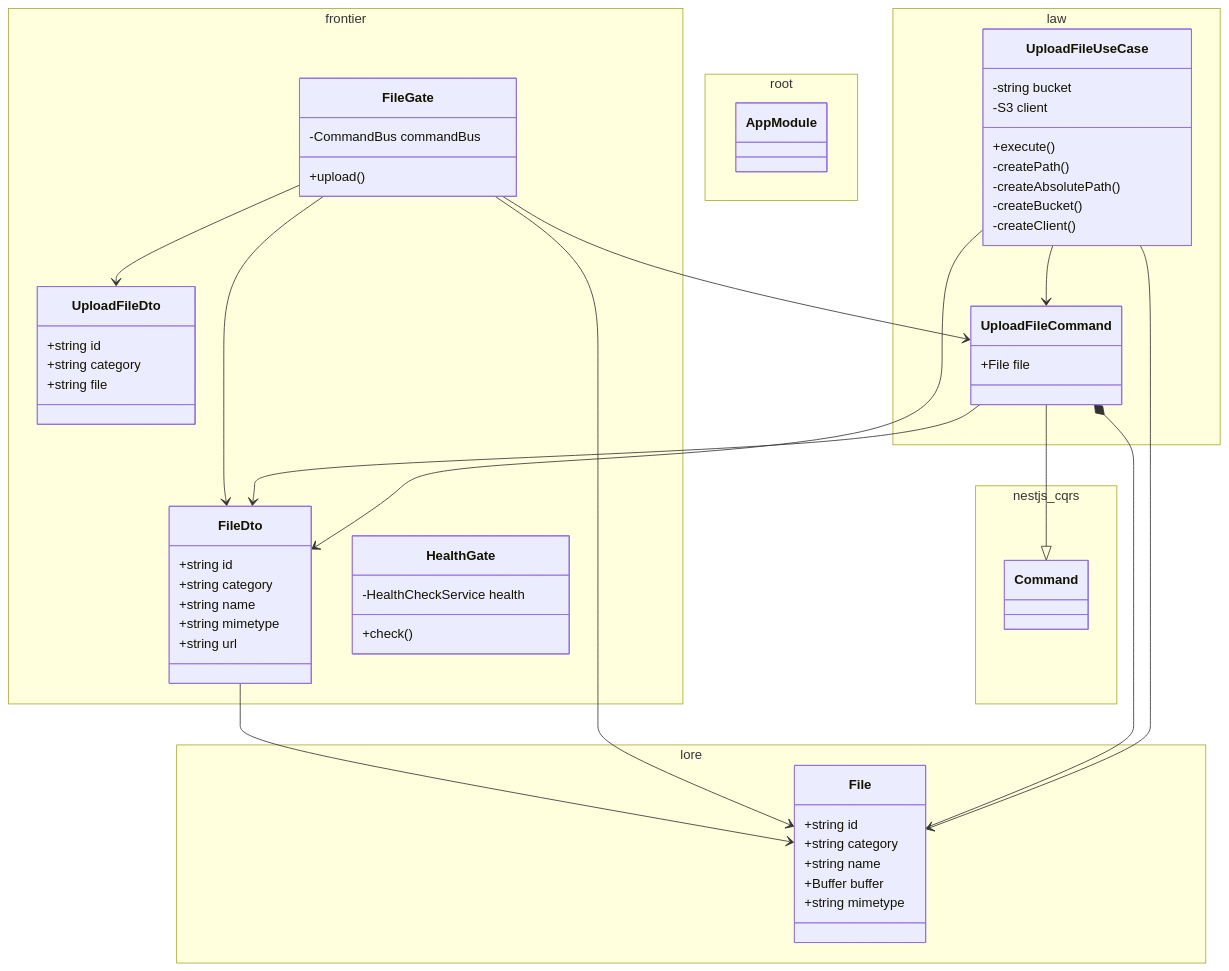
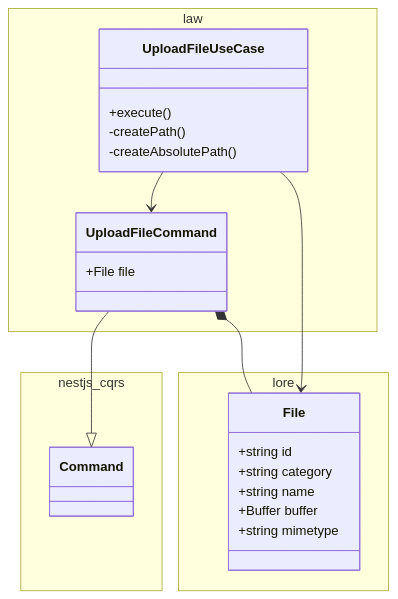
One commit to pslotinsky/decay-of-magic changed the second of 3 diagrams in realms/vault/README.md. Above: the diagram before and after it, drawn with Mermaid. The commit also changed other lines of this file and 38 other files, not shown here.

````diff
--- a/realms/vault/README.md
+++ b/realms/vault/README.md
@@ -8,66 +48,30 @@
 ```mermaid
 classDiagram
-  namespace frontier {
-    class FileDto {
-      +string id
-      +string category
-      +string name
-      +string mimetype
-      +string url
-    }
-    class UploadFileDto {
-      +string id
-      +string category
-      +string file
-    }
-    class FileGate {
-      -CommandBus commandBus
-      +upload()
-    }
-    class HealthGate {
-      -HealthCheckService health
-      +check()
-    }
-  }
   namespace law {
     class UploadFileCommand {
       +File file
     }
     class UploadFileUseCase {
-      -string bucket
-      -S3 client
       +execute()
       -createPath()
       -createAbsolutePath()
-      -createBucket()
-      -createClient()
     }
   }
   namespace lore {
     class File {
       +string id
       +string category
       +string name
       +Buffer buffer
       +string mimetype
     }
   }
-  namespace root {
-    class AppModule
-  }
   namespace nestjs_cqrs {
     class Command
   }
 
-  FileDto --> File
-  FileGate --> FileDto
-  FileGate --> UploadFileDto
-  FileGate --> UploadFileCommand
-  FileGate --> File
   UploadFileCommand --|> Command
   UploadFileCommand *-- File
-  UploadFileCommand --> FileDto
-  UploadFileUseCase --> FileDto
   UploadFileUseCase --> UploadFileCommand
   UploadFileUseCase --> File
 ```
````
